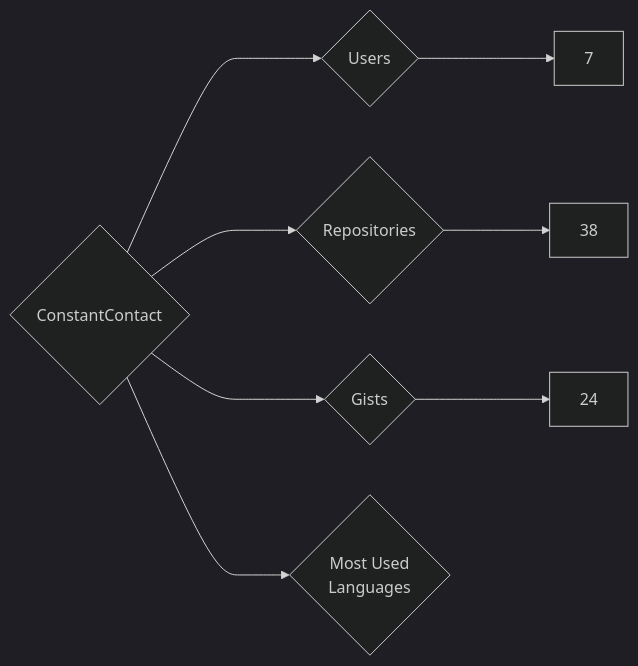
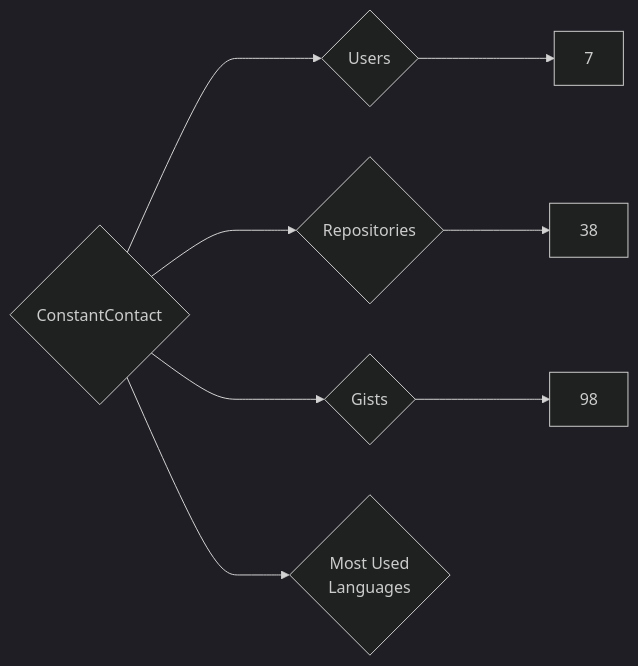
Before and after one commit to nenadzaric/insiders: the diagram in targets/ConstantContact/README.md, drawn with Mermaid (dark theme). The commit also changed 1342 other files, not shown here.

````diff
--- a/targets/ConstantContact/README.md
+++ b/targets/ConstantContact/README.md
@@ -3,8 +3,8 @@
 ```mermaid
 graph LR
 COMPANY_NAME{ConstantContact}
 COMPANY_NAME ---> U{Users} ---> UN[7]
 COMPANY_NAME ---> R{Repositories} ---> RN[38]
-COMPANY_NAME ---> G{Gists} ---> GN[24]
+COMPANY_NAME ---> G{Gists} ---> GN[98]
 COMPANY_NAME ---> ML{Most Used<br>Languages}
 ```
````
